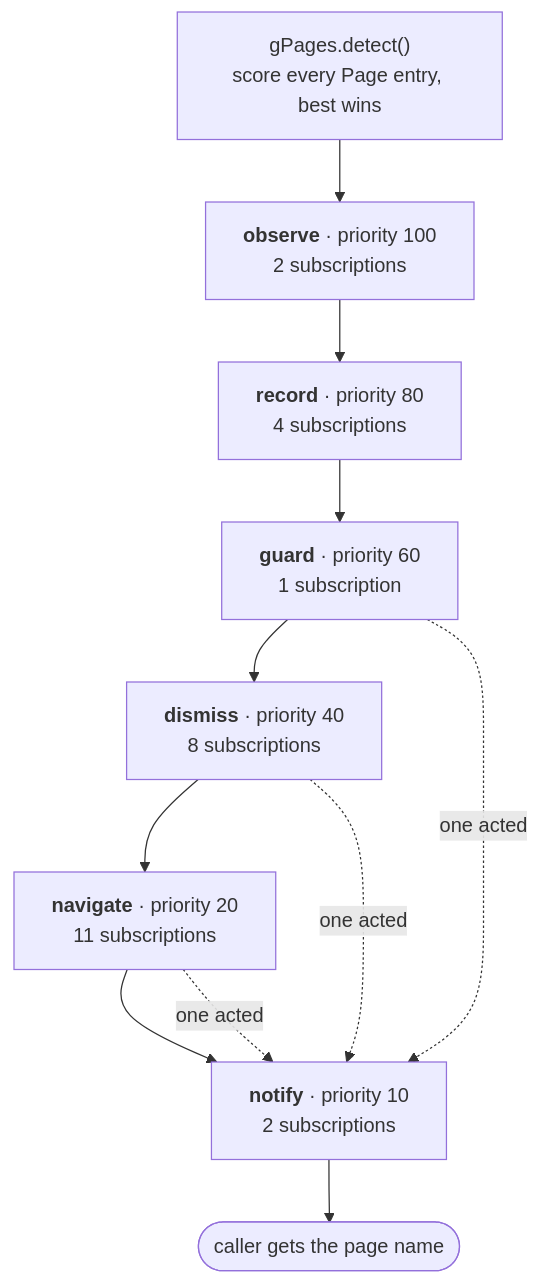
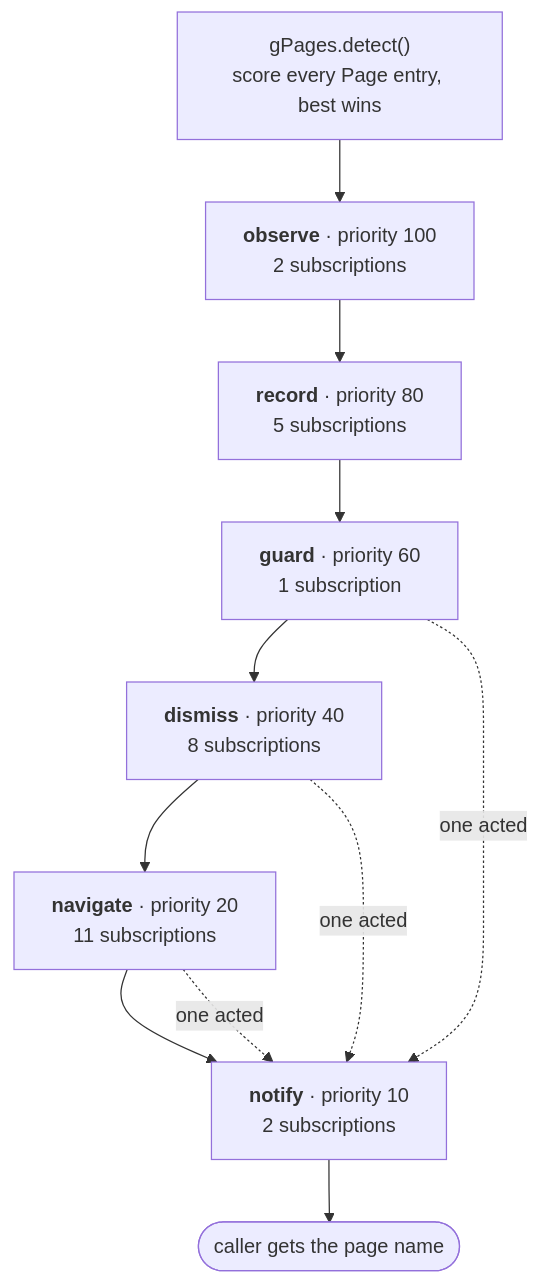
The first of 3 diagrams in app.gap.Tsum/PAGE_DISPATCH.md (thireven/game-automation-scripts), drawn with Mermaid before and after one commit. The commit also changed other lines of this file and 21 other files, not shown here.

````diff
--- a/app.gap.Tsum/PAGE_DISPATCH.md
+++ b/app.gap.Tsum/PAGE_DISPATCH.md
@@ -24,21 +24,21 @@
 ```mermaid
 flowchart TD
   detect["gPages.detect()<br/>score every Page entry, best wins"]
   c0["<b>observe</b> &middot; priority 100<br/>2 subscriptions"]
-  c1["<b>record</b> &middot; priority 80<br/>4 subscriptions"]
+  c1["<b>record</b> &middot; priority 80<br/>5 subscriptions"]
   c2["<b>guard</b> &middot; priority 60<br/>1 subscription"]
   c3["<b>dismiss</b> &middot; priority 40<br/>8 subscriptions"]
   c4["<b>navigate</b> &middot; priority 20<br/>11 subscriptions"]
   c5["<b>notify</b> &middot; priority 10<br/>2 subscriptions"]
   done(["caller gets the page name"])
   detect --> c0
   c0 --> c1
   c1 --> c2
   c2 --> c3
   c3 --> c4
   c4 --> c5
   c5 --> done
   c2 -. "one acted" .-> c5
   c3 -. "one acted" .-> c5
   c4 -. "one acted" .-> c5
 ```
````
